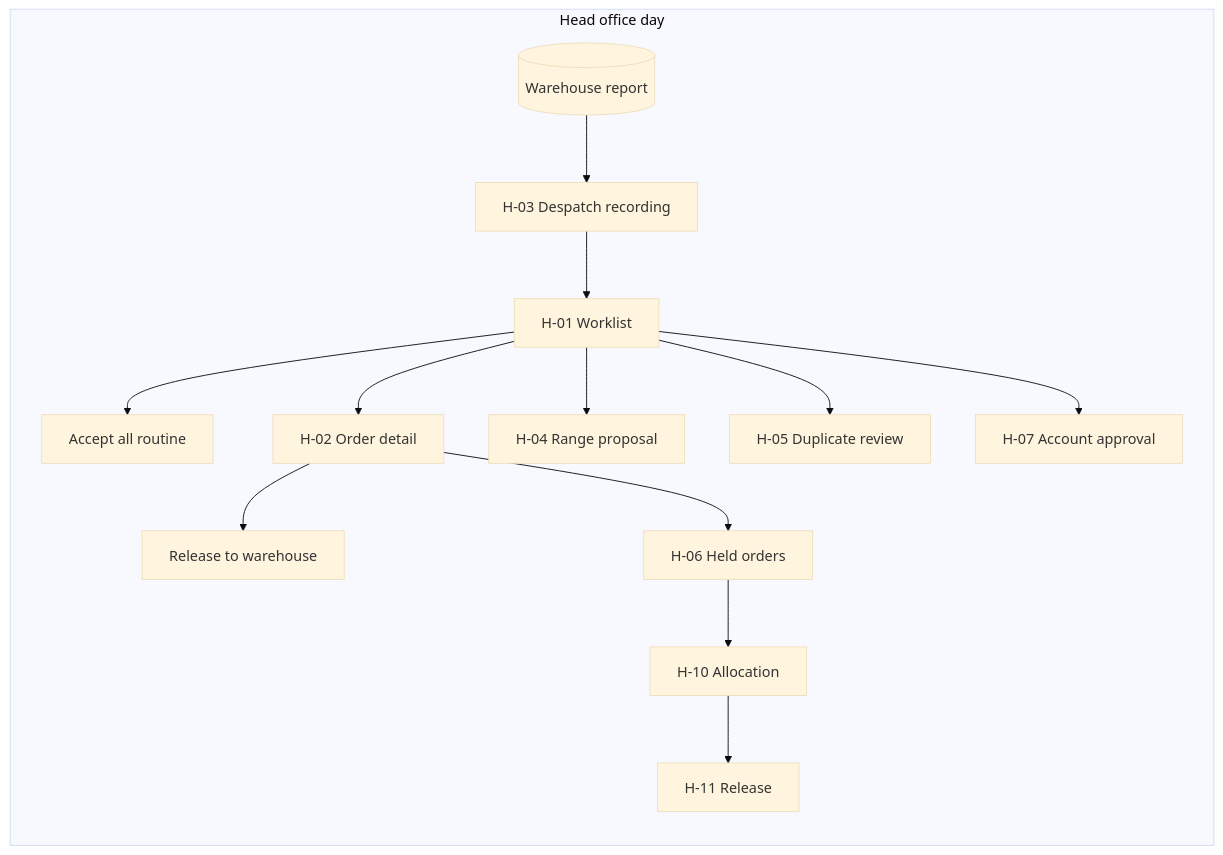
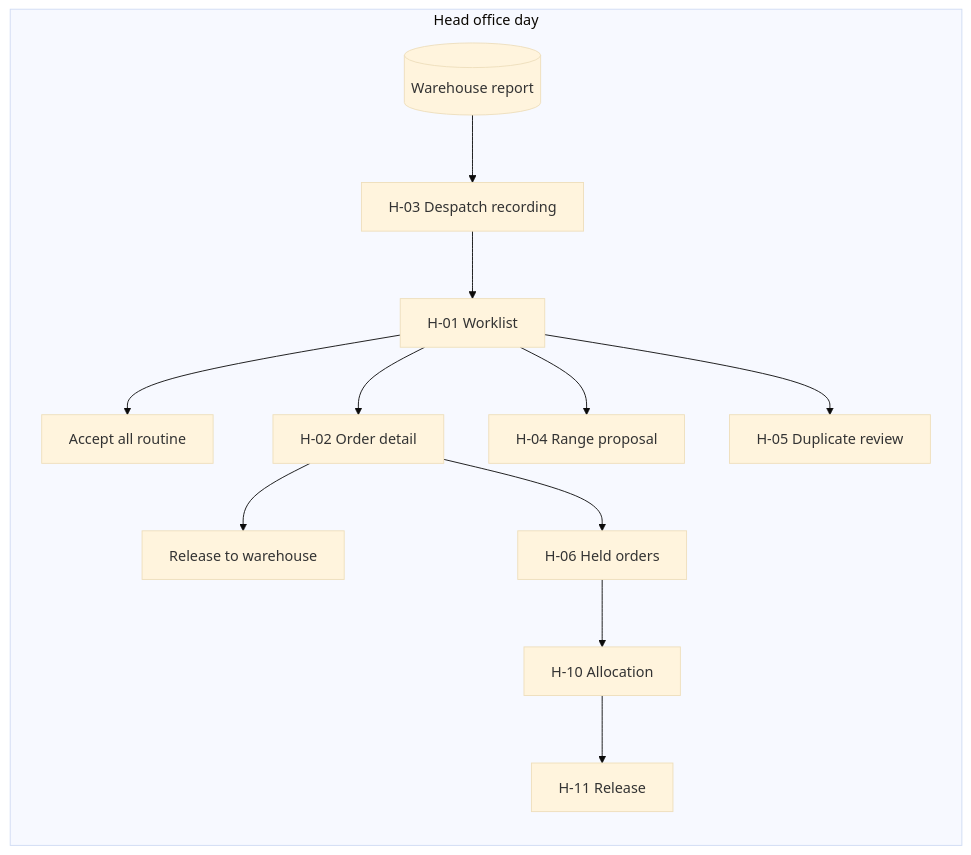
One commit to ColmKenna/field_sales_stories changed the second of 3 diagrams in plan_docs/stories/screen-inventory-ux-brief.md. Above: the diagram before and after it, drawn with Mermaid (base theme). The commit also changed other lines of this file and 9 other files, not shown here.

````diff
--- a/plan_docs/stories/screen-inventory-ux-brief.md
+++ b/plan_docs/stories/screen-inventory-ux-brief.md
@@ -570,14 +573,14 @@
 ```mermaid
 flowchart LR
     subgraph Head office day
         W[H-01 Worklist] --> R1[Accept all routine]
         W --> O[H-02 Order detail]
         O --> Rel[Release to warehouse]
         O --> Hold[H-06 Held orders] --> AL[H-10 Allocation] --> REL[H-11 Release]
         W --> P[H-04 Range proposal]
         W --> D[H-05 Duplicate review]
-        W --> ACC[H-07 Account approval]
+        %% H-07 Account approval replaced by M-17 (26 Sep 2026)
         WH[(Warehouse report)] --> DS[H-03 Despatch recording]
         DS --> W
     end
 ```
````
